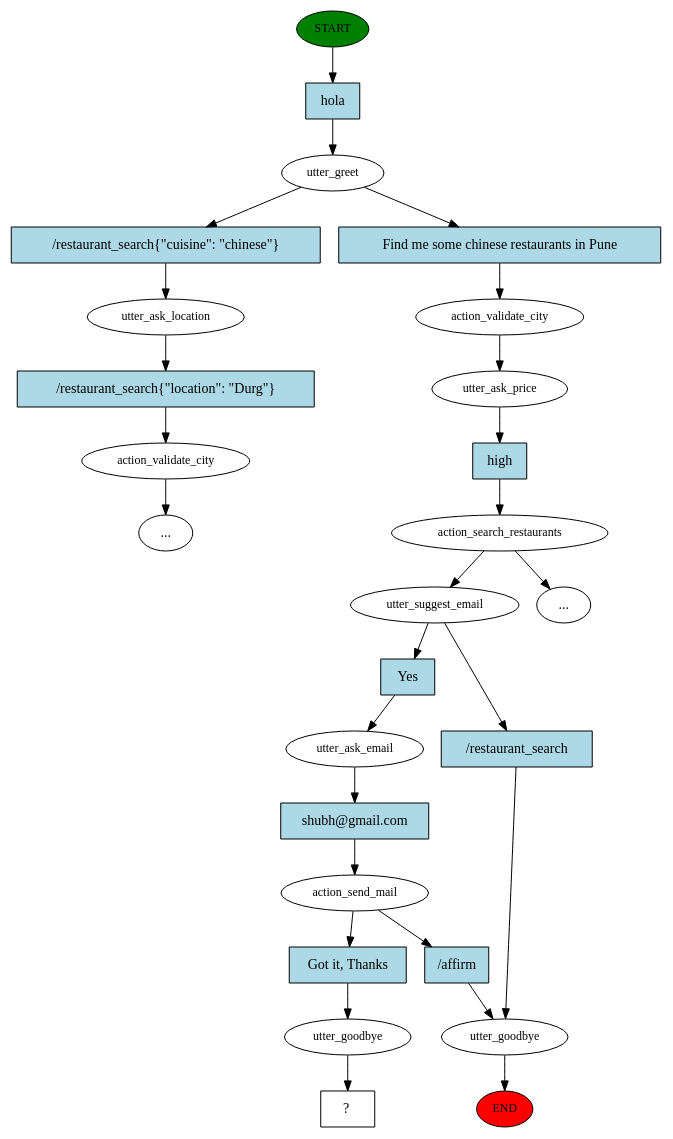
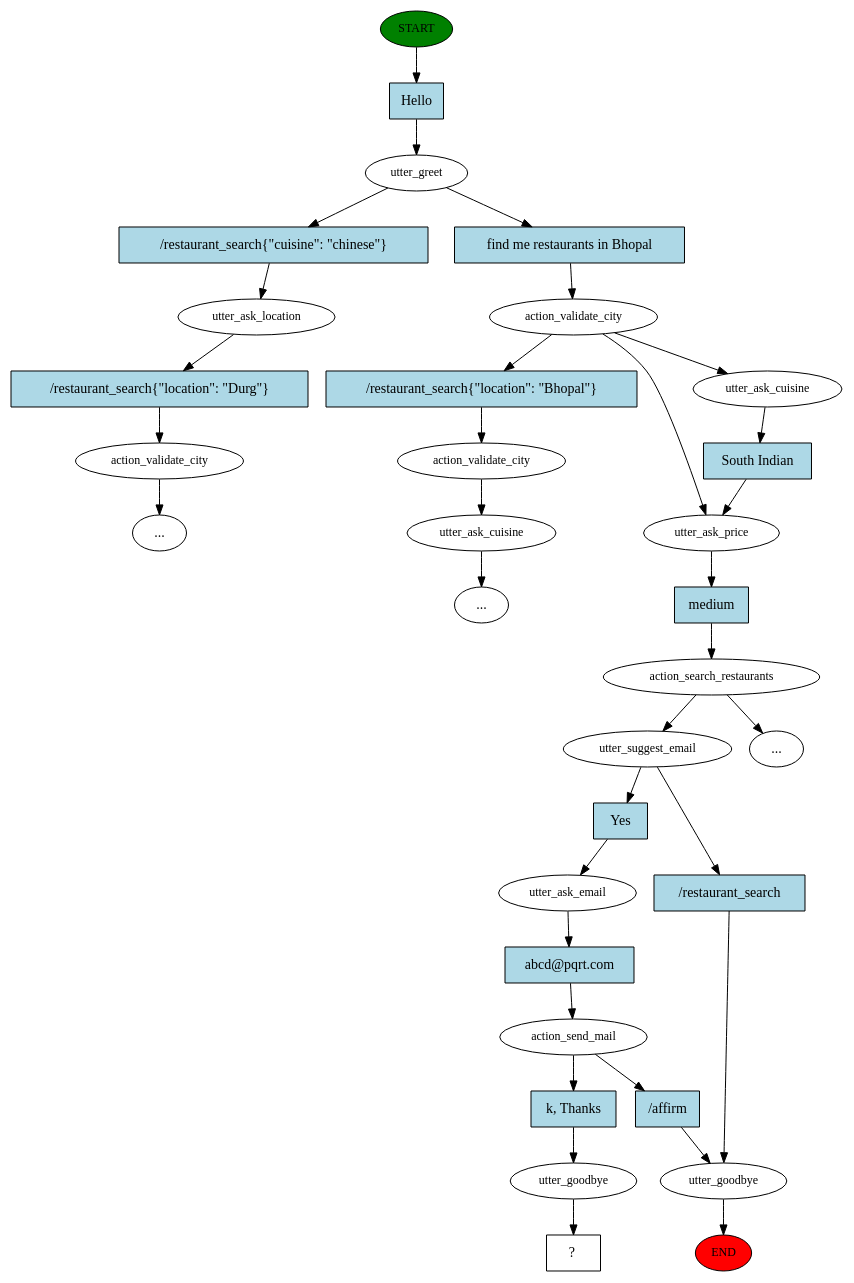
The diagram in story_graph.dot (shubh1608/Restaurant-Booking-Chatbot), drawn with Graphviz before and after one commit. The commit also changed 9 other files, not shown here.

```diff
--- a/story_graph.dot
+++ b/story_graph.dot
@@ -1,54 +1,67 @@
 digraph  {
 0 [class="start active", fillcolor=green, fontsize=12, label=START, style=filled];
 "-1" [class=end, fillcolor=red, fontsize=12, label=END, style=filled];
 1 [class=active, fontsize=12, label=utter_greet];
 2 [class="", fontsize=12, label=utter_ask_location];
 3 [class="", fontsize=12, label=action_validate_city];
 "-10" [class=ellipsis, label="..."];
 26 [class=active, fontsize=12, label=action_validate_city];
-27 [class=active, fontsize=12, label=utter_ask_price];
-28 [class=active, fontsize=12, label=action_search_restaurants];
-29 [class=active, fontsize=12, label=utter_suggest_email];
-30 [class=active, fontsize=12, label=utter_ask_email];
-31 [class=active, fontsize=12, label=action_send_mail];
-32 [class="", fontsize=12, label=utter_goodbye];
+27 [class=active, fontsize=12, label=utter_ask_cuisine];
+28 [class=active, fontsize=12, label=utter_ask_price];
+29 [class=active, fontsize=12, label=action_search_restaurants];
+30 [class=active, fontsize=12, label=utter_suggest_email];
+31 [class=active, fontsize=12, label=utter_ask_email];
+32 [class=active, fontsize=12, label=action_send_mail];
+33 [class="", fontsize=12, label=utter_goodbye];
+43 [class="", fontsize=12, label=action_validate_city];
+44 [class="", fontsize=12, label=utter_ask_cuisine];
 "-12" [class=ellipsis, label="..."];
-54 [class=active, fontsize=12, label=utter_goodbye];
-55 [class="intent dashed active", label="  ?  ", shape=rect];
-56 [class="intent active", fillcolor=lightblue, label=hola, shape=rect, style=filled];
-57 [class=intent, fillcolor=lightblue, label="/restaurant_search\{\"cuisine\":\ \"chinese\"\}", shape=rect, style=filled];
-58 [class="intent active", fillcolor=lightblue, label="Find\ me\ some\ chinese\ restaurants\ in\ Pune", shape=rect, style=filled];
-59 [class=intent, fillcolor=lightblue, label="/restaurant_search\{\"location\":\ \"Durg\"\}", shape=rect, style=filled];
-60 [class="intent active", fillcolor=lightblue, label=high, shape=rect, style=filled];
-61 [class="intent active", fillcolor=lightblue, label=Yes, shape=rect, style=filled];
-62 [class=intent, fillcolor=lightblue, label="/restaurant_search", shape=rect, style=filled];
-63 [class="intent active", fillcolor=lightblue, label="shubh@gmail\.com", shape=rect, style=filled];
-64 [class=intent, fillcolor=lightblue, label="/affirm", shape=rect, style=filled];
-65 [class="intent active", fillcolor=lightblue, label="Got\ it,\ Thanks", shape=rect, style=filled];
-0 -> 56  [class=active, key=0];
-1 -> 57  [class="", key=0];
-1 -> 58  [class=active, key=0];
-2 -> 59  [class="", key=0];
+"-16" [class=ellipsis, label="..."];
+73 [class=active, fontsize=12, label=utter_goodbye];
+74 [class="intent dashed active", label="  ?  ", shape=rect];
+75 [class="intent active", fillcolor=lightblue, label=Hello, shape=rect, style=filled];
+76 [class=intent, fillcolor=lightblue, label="/restaurant_search\{\"cuisine\":\ \"chinese\"\}", shape=rect, style=filled];
+77 [class="intent active", fillcolor=lightblue, label="find\ me\ restaurants\ in\ Bhopal", shape=rect, style=filled];
+78 [class=intent, fillcolor=lightblue, label="/restaurant_search\{\"location\":\ \"Durg\"\}", shape=rect, style=filled];
+79 [class=intent, fillcolor=lightblue, label="/restaurant_search\{\"location\":\ \"Bhopal\"\}", shape=rect, style=filled];
+80 [class="intent active", fillcolor=lightblue, label="South\ Indian", shape=rect, style=filled];
+81 [class="intent active", fillcolor=lightblue, label=medium, shape=rect, style=filled];
+82 [class="intent active", fillcolor=lightblue, label=Yes, shape=rect, style=filled];
+83 [class=intent, fillcolor=lightblue, label="/restaurant_search", shape=rect, style=filled];
+84 [class="intent active", fillcolor=lightblue, label="abcd@pqrt\.com", shape=rect, style=filled];
+85 [class=intent, fillcolor=lightblue, label="/affirm", shape=rect, style=filled];
+86 [class="intent active", fillcolor=lightblue, label="k,\ Thanks", shape=rect, style=filled];
+0 -> 75  [class=active, key=0];
+1 -> 76  [class="", key=0];
+1 -> 77  [class=active, key=0];
+2 -> 78  [class="", key=0];
 3 -> "-10"  [class="", key=NONE, label=""];
 26 -> 27  [class=active, key=NONE, label=""];
-27 -> 60  [class=active, key=0];
-28 -> 29  [class=active, key=NONE, label=""];
-28 -> "-12"  [class="", key=NONE, label=""];
-29 -> 61  [class=active, key=0];
-29 -> 62  [class="", key=0];
-30 -> 63  [class=active, key=0];
-31 -> 64  [class="", key=0];
-31 -> 65  [class=active, key=0];
-32 -> "-1"  [class="", key=NONE, label=""];
-54 -> 55  [class=active, key=NONE, label=""];
-56 -> 1  [class=active, key=0];
-57 -> 2  [class="", key=0];
-58 -> 26  [class=active, key=0];
-59 -> 3  [class="", key=0];
-60 -> 28  [class=active, key=0];
-61 -> 30  [class=active, key=0];
-62 -> 32  [class="", key=0];
-63 -> 31  [class=active, key=0];
-64 -> 32  [class="", key=0];
-65 -> 54  [class=active, key=0];
+26 -> 28  [class="", key=NONE, label=""];
+26 -> 79  [class="", key=0];
+27 -> 80  [class=active, key=0];
+28 -> 81  [class=active, key=0];
+29 -> 30  [class=active, key=NONE, label=""];
+29 -> "-16"  [class="", key=NONE, label=""];
+30 -> 82  [class=active, key=0];
+30 -> 83  [class="", key=0];
+31 -> 84  [class=active, key=0];
+32 -> 85  [class="", key=0];
+32 -> 86  [class=active, key=0];
+33 -> "-1"  [class="", key=NONE, label=""];
+43 -> 44  [class="", key=NONE, label=""];
+44 -> "-12"  [class="", key=NONE, label=""];
+73 -> 74  [class=active, key=NONE, label=""];
+75 -> 1  [class=active, key=0];
+76 -> 2  [class="", key=0];
+77 -> 26  [class=active, key=0];
+78 -> 3  [class="", key=0];
+79 -> 43  [class="", key=0];
+80 -> 28  [class=active, key=0];
+81 -> 29  [class=active, key=0];
+82 -> 31  [class=active, key=0];
+83 -> 33  [class="", key=0];
+84 -> 32  [class=active, key=0];
+85 -> 33  [class="", key=0];
+86 -> 73  [class=active, key=0];
 }
```
